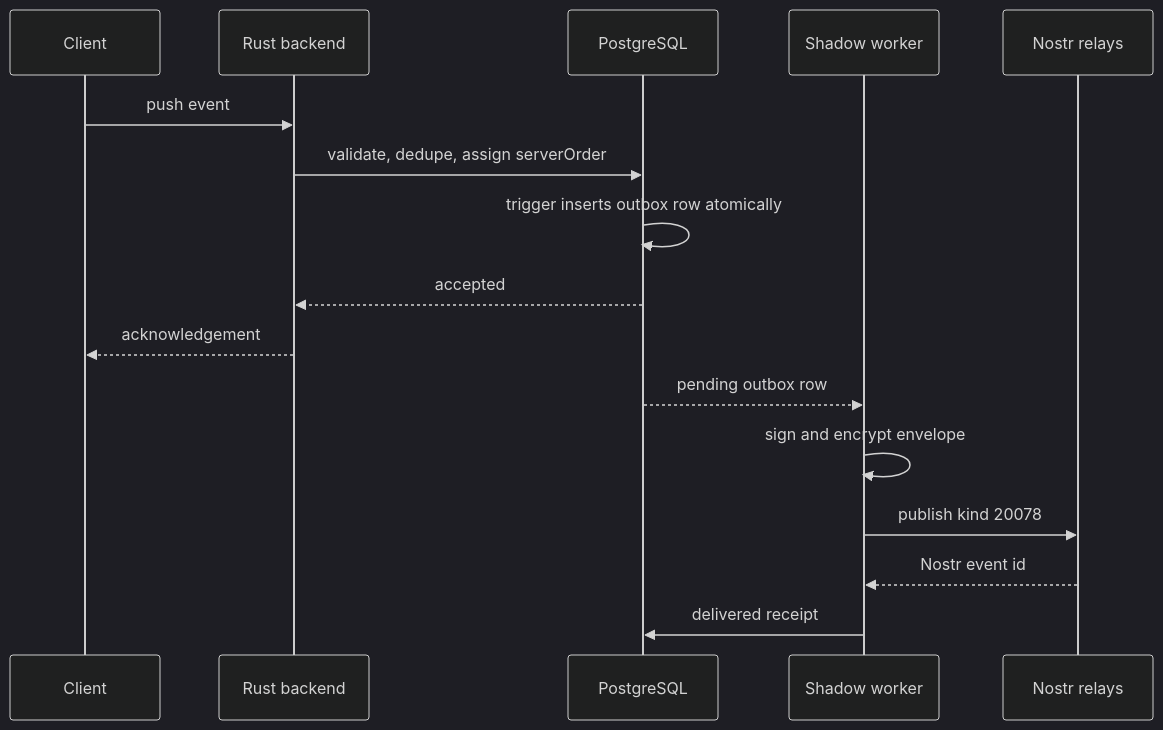
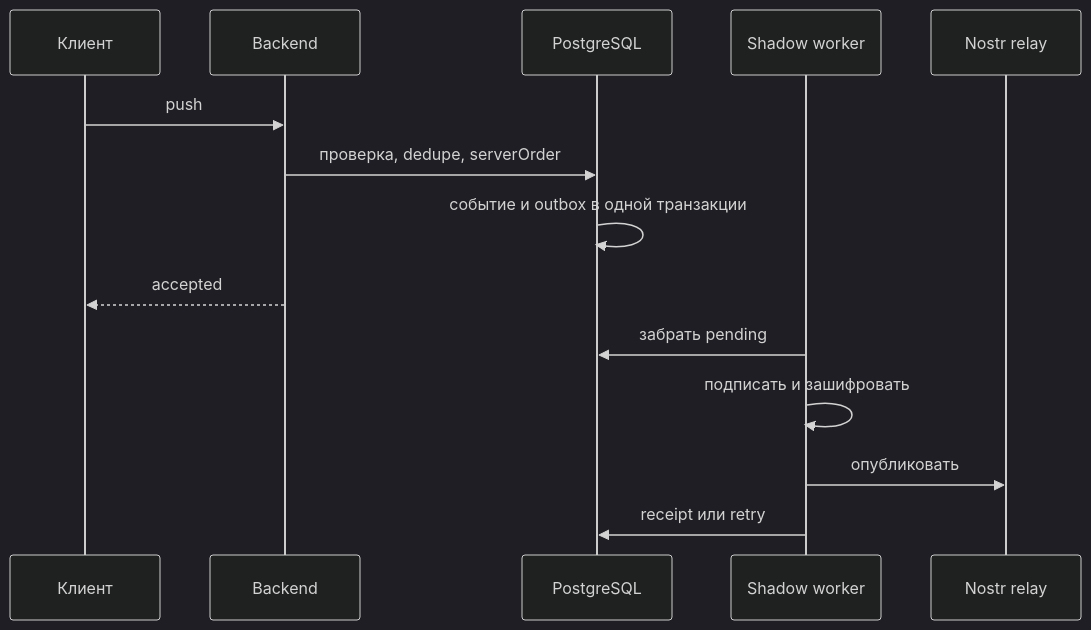
One commit to Pacifica123/p2p_planner changed the second of 2 diagrams in docs/deployment/free-hosting-transports-v1.md. Above: the diagram before and after it, drawn with Mermaid (dark theme). The commit also changed other lines of this file and 70 other files, not shown here.

````diff
--- a/docs/deployment/free-hosting-transports-v1.md
+++ b/docs/deployment/free-hosting-transports-v1.md
@@ -86,19 +75,17 @@
 ```mermaid
 sequenceDiagram
-    participant C as Client
-    participant B as Rust backend
+    participant C as Клиент
+    participant B as Backend
     participant P as PostgreSQL
     participant W as Shadow worker
-    participant R as Nostr relays
+    participant R as Nostr relay
 
-    C->>B: push event
-    B->>P: validate, dedupe, assign serverOrder
-    P->>P: trigger inserts outbox row atomically
-    P-->>B: accepted
-    B-->>C: acknowledgement
-    P-->>W: pending outbox row
-    W->>W: sign and encrypt envelope
-    W->>R: publish kind 20078
-    R-->>W: Nostr event id
-    W->>P: delivered receipt
+    C->>B: push
+    B->>P: проверка, dedupe, serverOrder
+    P->>P: событие и outbox в одной транзакции
+    B-->>C: accepted
+    W->>P: забрать pending
+    W->>W: подписать и зашифровать
+    W->>R: опубликовать
+    W->>P: receipt или retry
 ```
````
